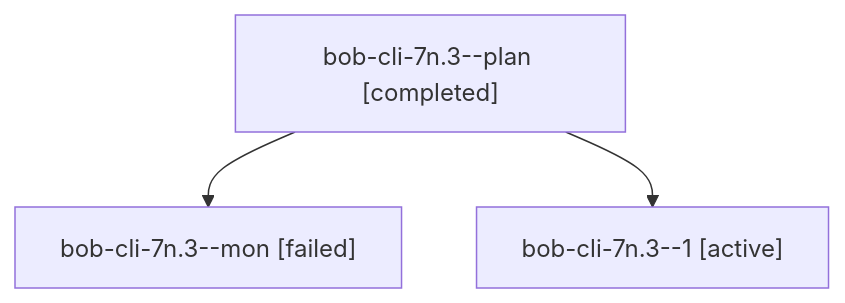
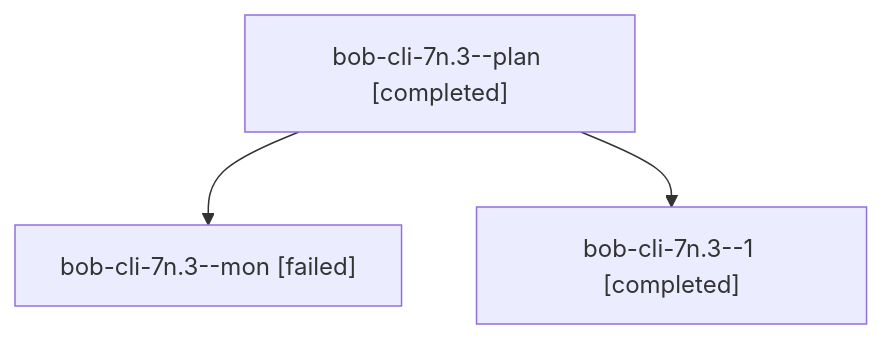
One commit to bobs-org/bob-cli--agents changed the diagram in sessions/bbugyi200.athena.bob-cli-7n.3.md. Above: the diagram before and after it, drawn with Mermaid. The commit also changed other lines of this file and 26 other files, not shown here.

````diff
--- a/sessions/bbugyi200.athena.bob-cli-7n.3.md
+++ b/sessions/bbugyi200.athena.bob-cli-7n.3.md
@@ -9,8 +9,8 @@
 ```mermaid
 flowchart TD
   n0["bob-cli-7n.3--plan [completed]"]
   n1["bob-cli-7n.3--mon [failed]"]
   n0 --> n1
-  n2["bob-cli-7n.3--1 [active]"]
+  n2["bob-cli-7n.3--1 [completed]"]
   n0 --> n2
 ```
````
